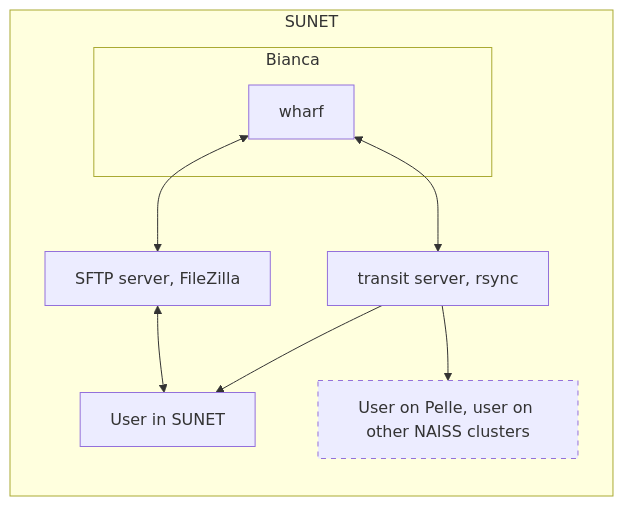
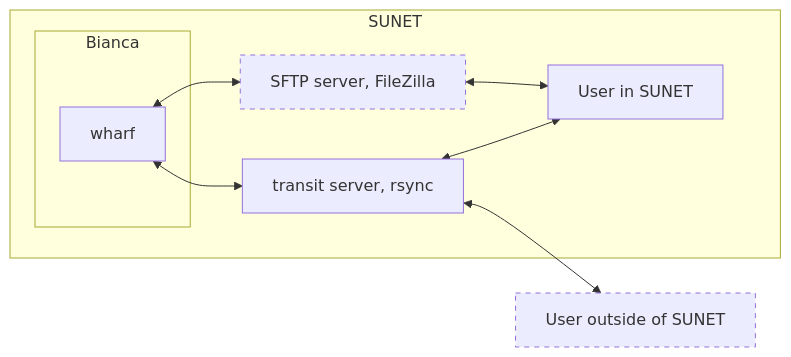
Before and after one commit to UPPMAX/bianca_workshops: the diagram in docs/intermediate/transfer.md, drawn with Mermaid. The commit also changed 1 other file, not shown here.

Commit message:
Update figure after @pmitev's wisdom

````diff
--- a/docs/intermediate/transfer.md
+++ b/docs/intermediate/transfer.md
@@ -119,18 +119,19 @@
 ```mermaid
 flowchart LR
   classDef low_focus_node stroke-dasharray: 5 5
+
   subgraph sunet[SUNET]
     subgraph bianca[Bianca]
       wharf
     end
     transit[transit server, rsync]
-    sftp_server[SFTP server, FileZilla]
+    sftp_server[SFTP server, FileZilla]:::low_focus_node
     user[User in SUNET]
-    other_users[User on Pelle, user on other NAISS clusters]:::low_focus_node
     wharf <--> transit
     wharf <--> sftp_server
-    transit --> user
-    transit --> other_users
+    transit <--> user
     sftp_server <--> user
   end
+  transit <--> other_users
+  other_users[User outside of SUNET]:::low_focus_node
 ```
````
